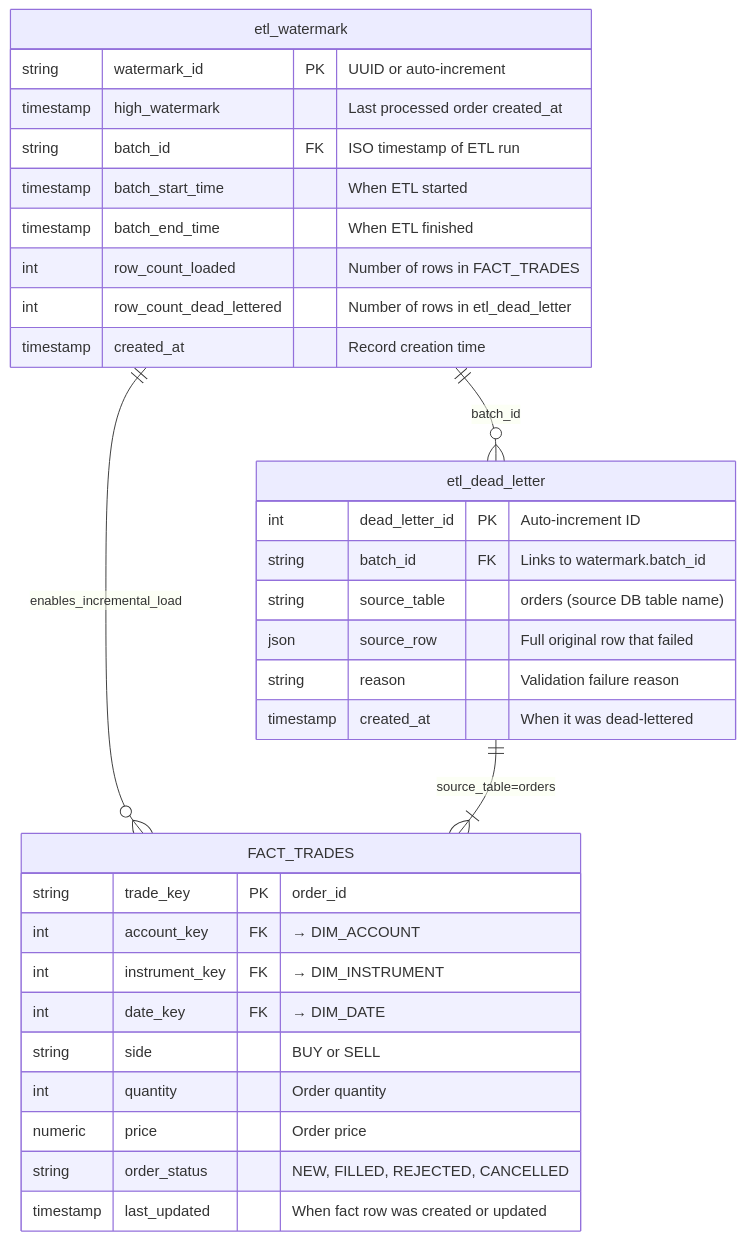
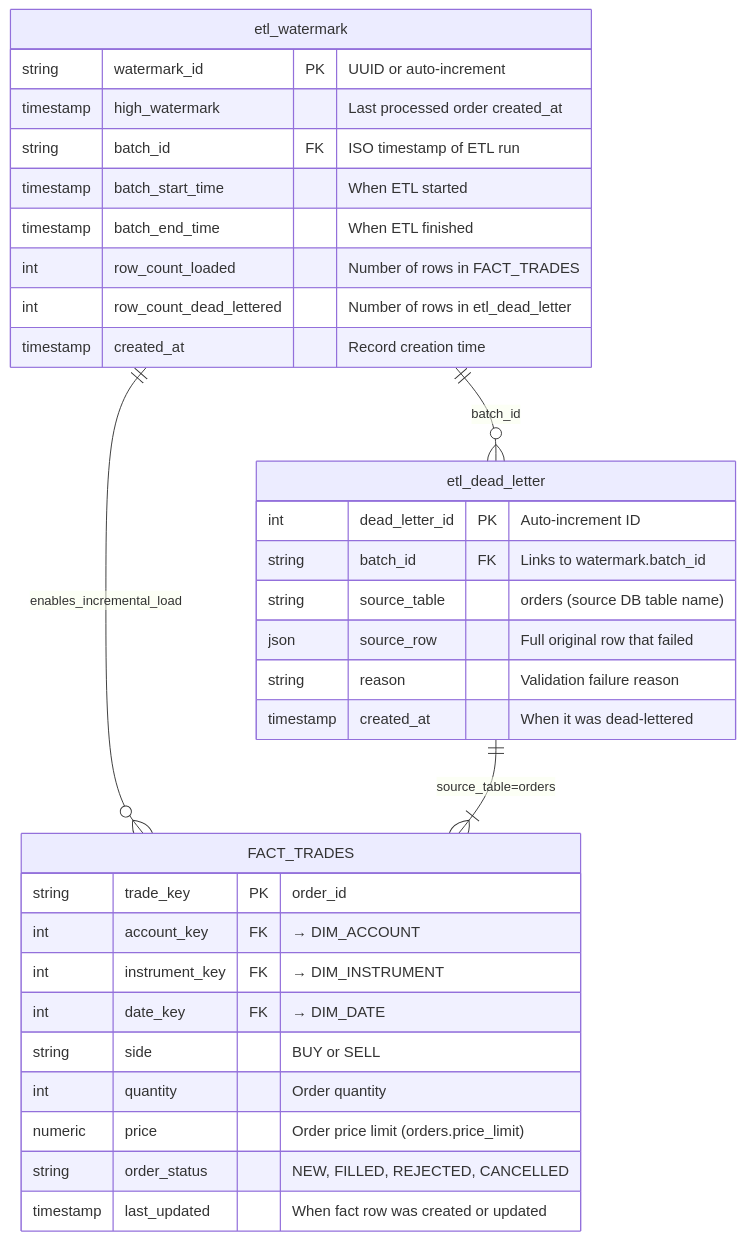
The first of 2 diagrams in app/trade-analytics-service/docs/fact-trades-etl-infrastructure.md (jamiemonty03/TheUnderFrogs_TeamProject), drawn with Mermaid before and after one commit. The commit also changed 1 other file, not shown here.

Commit message:
fix: read price_limit from orders in trade analytics

````diff
--- a/app/trade-analytics-service/docs/fact-trades-etl-infrastructure.md
+++ b/app/trade-analytics-service/docs/fact-trades-etl-infrastructure.md
@@ -7,38 +7,38 @@
 ```mermaid
 erDiagram
     etl_watermark ||--o{ FACT_TRADES : "enables_incremental_load"
     etl_watermark ||--o{ etl_dead_letter : "batch_id"
     etl_dead_letter ||--|{ FACT_TRADES : "source_table=orders"
 
     etl_watermark {
         string watermark_id PK "UUID or auto-increment"
         timestamp high_watermark "Last processed order created_at"
         string batch_id FK "ISO timestamp of ETL run"
         timestamp batch_start_time "When ETL started"
         timestamp batch_end_time "When ETL finished"
         int row_count_loaded "Number of rows in FACT_TRADES"
         int row_count_dead_lettered "Number of rows in etl_dead_letter"
         timestamp created_at "Record creation time"
     }
 
     etl_dead_letter {
         int dead_letter_id PK "Auto-increment ID"
         string batch_id FK "Links to watermark.batch_id"
         string source_table "orders (source DB table name)"
         json source_row "Full original row that failed"
         string reason "Validation failure reason"
         timestamp created_at "When it was dead-lettered"
     }
 
     FACT_TRADES {
         string trade_key PK "order_id"
         int account_key FK "→ DIM_ACCOUNT"
         int instrument_key FK "→ DIM_INSTRUMENT"
         int date_key FK "→ DIM_DATE"
         string side "BUY or SELL"
         int quantity "Order quantity"
-        numeric price "Order price"
+        numeric price "Order price limit (orders.price_limit)"
         string order_status "NEW, FILLED, REJECTED, CANCELLED"
         timestamp last_updated "When fact row was created or updated"
     }
 ```
````
